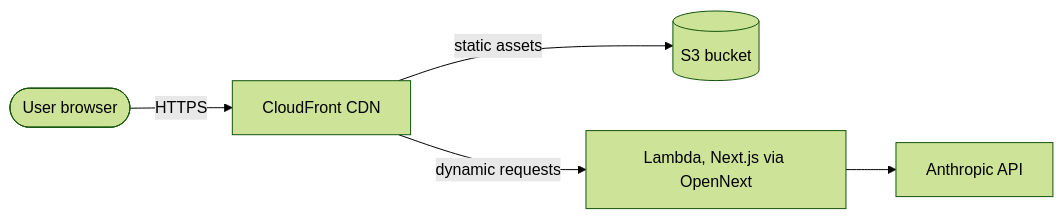
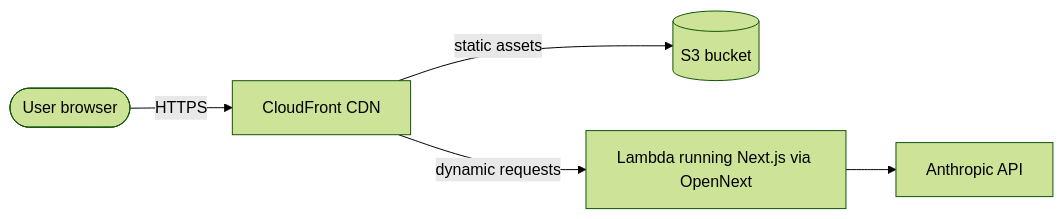
One commit to elleskay/insurance-dashboard changed the second of 3 diagrams in README.md. Above: the diagram before and after it, drawn with Mermaid (forest theme). The commit also changed other lines of this file, not shown here.

````diff
--- a/README.md
+++ b/README.md
@@ -110,7 +117,7 @@
 ```mermaid
 flowchart LR
     User([User browser]) -->|HTTPS| CF[CloudFront CDN]
     CF -->|static assets| S3[(S3 bucket)]
-    CF -->|dynamic requests| Lambda[Lambda, Next.js via OpenNext]
+    CF -->|dynamic requests| Lambda[Lambda running Next.js via OpenNext]
     Lambda --> Anthropic[Anthropic API]
 ```
````
